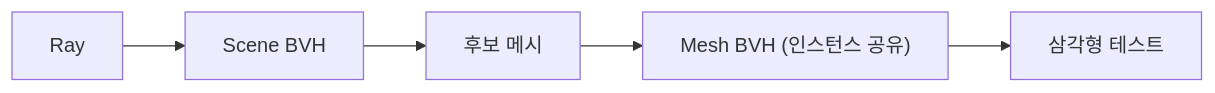
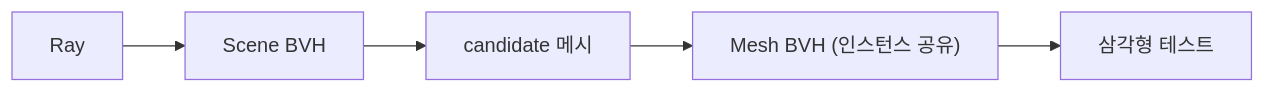
One commit to nansu0425/GameTechLab-Engine-Portfolio changed the third of 3 diagrams in docs/mouse-picking-optimization.md. Above: the diagram before and after it, drawn with Mermaid. The commit also changed other lines of this file, not shown here.

Commit message:
docs: Mouse Picking 3-2 — 거리 기반 검사 생략으로 재구성·Candidate/BVH level 분해 측정

````diff
--- a/docs/mouse-picking-optimization.md
+++ b/docs/mouse-picking-optimization.md
@@ -132,7 +188,7 @@
 ```mermaid
 graph LR
     Ray --> SBVH["Scene BVH"]
-    SBVH --> Mesh["후보 메시"]
+    SBVH --> Mesh["candidate 메시"]
     Mesh --> MBVH["Mesh BVH (인스턴스 공유)"]
     MBVH --> Tri["삼각형 테스트"]
 ```
````
